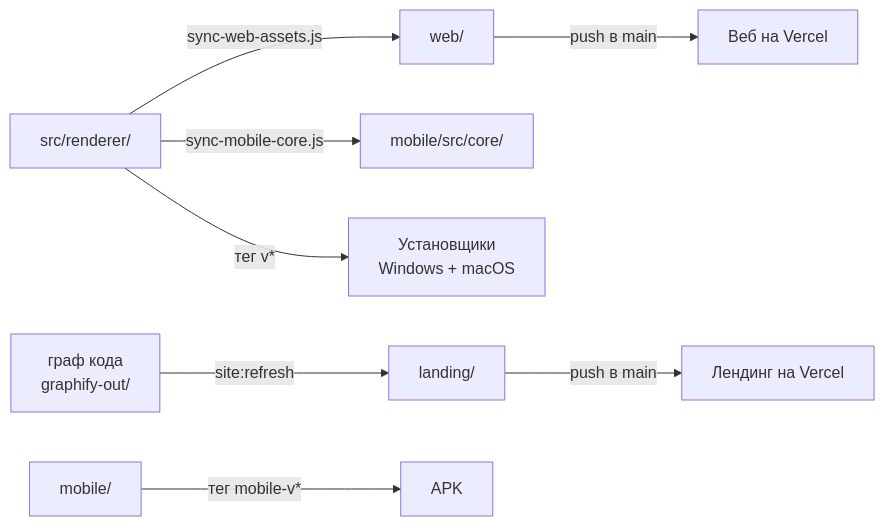
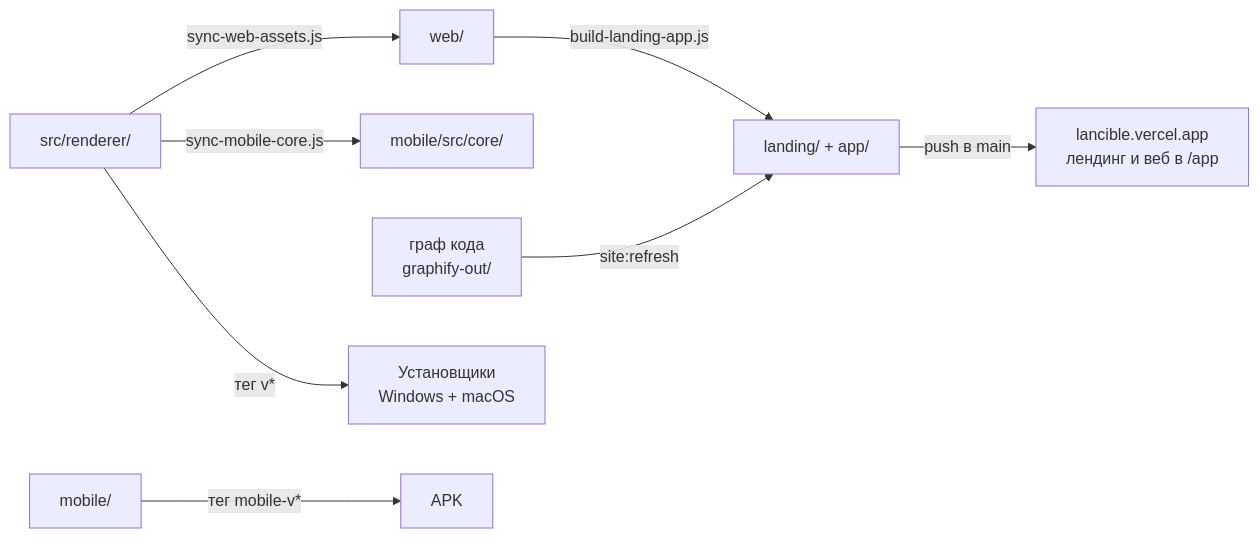
Before and after one commit to lancibleofficial/Lancible: the second of 2 diagrams in ARCHITECTURE.md, drawn with Mermaid. The commit also changed other lines of this file and 11 other files, not shown here.

First line of the commit message:
Один адрес: веб собирается внутрь лендинга в /app; планы на будущее

````diff
--- a/ARCHITECTURE.md
+++ b/ARCHITECTURE.md
@@ -185,10 +185,10 @@
 ```mermaid
 graph LR
     SRC["src/renderer/"] -->|"sync-web-assets.js"| WEBDIR["web/"]
     SRC -->|"sync-mobile-core.js"| MOBCORE["mobile/src/core/"]
-    WEBDIR -->|"push в main"| VWEB["Веб на Vercel"]
+    WEBDIR -->|"build-landing-app.js"| LAND
     GRAPH["граф кода<br/>graphify-out/"] -->|"site:refresh"| LAND
-    LAND["landing/"] -->|"push в main"| VLAND["Лендинг на Vercel"]
+    LAND["landing/ + app/"] -->|"push в main"| VLAND["lancible.vercel.app<br/>лендинг и веб в /app"]
     SRC -->|"тег v*"| REL["Установщики<br/>Windows + macOS"]
     MOBSRC["mobile/"] -->|"тег mobile-v*"| APK["APK"]
 ```
````
